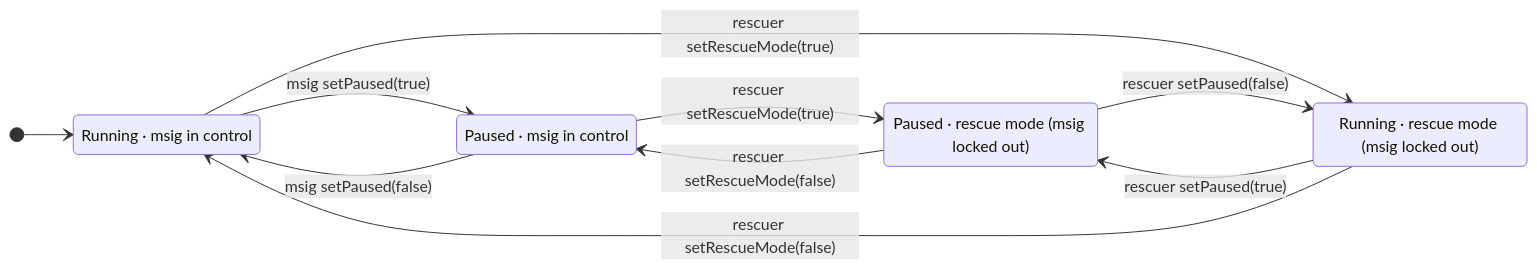
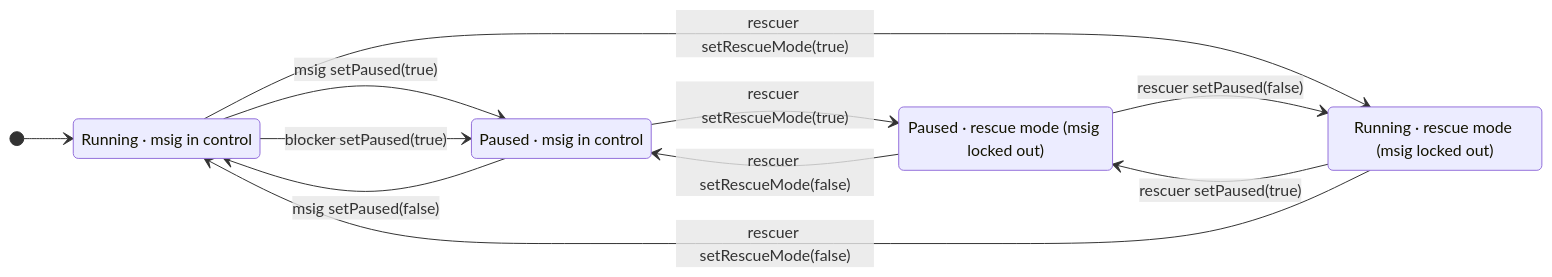
Before and after one commit to TempleDAO/temple: the diagram in protocol/contracts/templegold/docs/fpa-simplified-model.md, drawn with Mermaid. The commit also changed other lines of this file and 4 other files, not shown here.

````diff
--- a/protocol/contracts/templegold/docs/fpa-simplified-model.md
+++ b/protocol/contracts/templegold/docs/fpa-simplified-model.md
@@ -145,21 +148,22 @@
 ```mermaid
 stateDiagram-v2
     direction LR
     state "Running · msig in control" as RunMsig
     state "Paused · msig in control" as PauseMsig
     state "Running · rescue mode (msig locked out)" as RunRescue
     state "Paused · rescue mode (msig locked out)" as PauseRescue
 
     [*] --> RunMsig
     RunMsig --> PauseMsig: msig setPaused(true)
+    RunMsig --> PauseMsig: blocker setPaused(true)
     PauseMsig --> RunMsig: msig setPaused(false)
 
     RunMsig --> RunRescue: rescuer setRescueMode(true)
     PauseMsig --> PauseRescue: rescuer setRescueMode(true)
 
     RunRescue --> PauseRescue: rescuer setPaused(true)
     PauseRescue --> RunRescue: rescuer setPaused(false)
 
     RunRescue --> RunMsig: rescuer setRescueMode(false)
     PauseRescue --> PauseMsig: rescuer setRescueMode(false)
 ```
````
